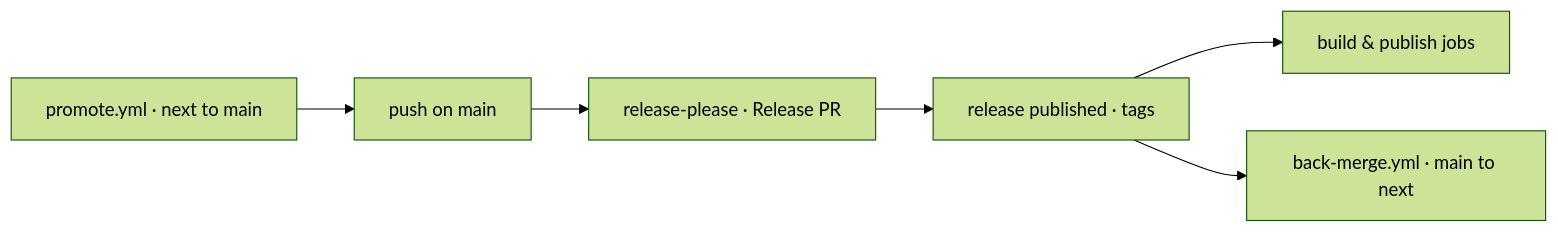
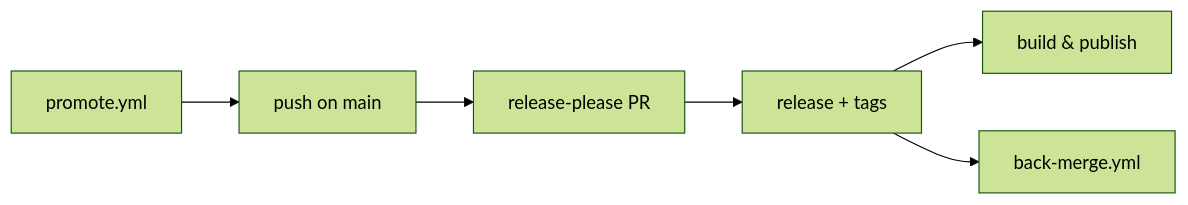
One commit to ai-driven-dev/aidd-framework changed the diagram in aidd_docs/memory/deployment.md. Above: the diagram before and after it, drawn with Mermaid (forest theme). The commit also changed other lines of this file and 7 other files, not shown here.

````diff
--- a/aidd_docs/memory/deployment.md
+++ b/aidd_docs/memory/deployment.md
@@ -18,8 +20,8 @@
 ```mermaid
 flowchart LR
-    Promote["promote.yml · next to main"] --> Push["push on main"]
-    Push --> RP["release-please · Release PR"]
-    RP --> Release["release published · tags"]
-    Release --> Build["build & publish jobs"]
-    Release --> Back["back-merge.yml · main to next"]
+    Promote["promote.yml"] --> Push["push on main"]
+    Push --> RP["release-please PR"]
+    RP --> Release["release + tags"]
+    Release --> Build["build & publish"]
+    Release --> Back["back-merge.yml"]
 ```
````
